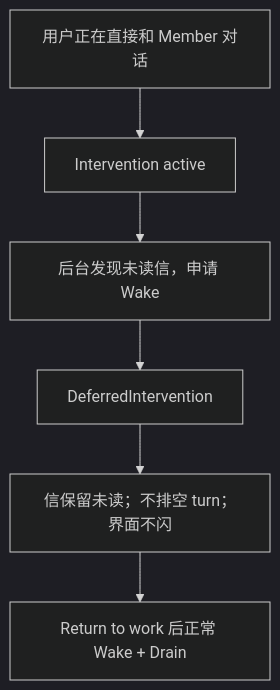
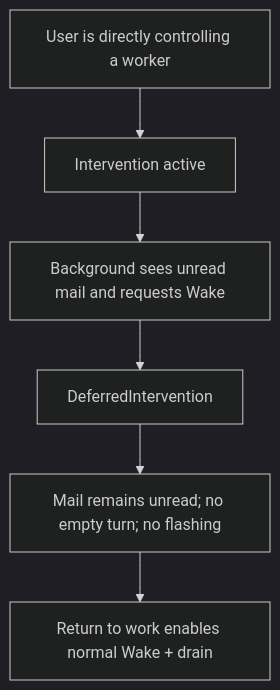
Before and after one commit to YORG-AI/ORGII: the third of 5 diagrams in docs/architecture-audit-2026-07-12/AgentOrgRecovery.md, drawn with Mermaid (dark theme). The commit also changed other lines of this file and 94 other files, not shown here.

````diff
--- a/docs/architecture-audit-2026-07-12/AgentOrgRecovery.md
+++ b/docs/architecture-audit-2026-07-12/AgentOrgRecovery.md
@@ -78,8 +86,8 @@
 ```mermaid
 flowchart TD
-    U["用户正在直接和 Member 对话"] --> I["Intervention active"]
-    I --> W["后台发现未读信，申请 Wake"]
+    U["User is directly controlling a worker"] --> I["Intervention active"]
+    I --> W["Background sees unread mail and requests Wake"]
     W --> D["DeferredIntervention"]
-    D --> K["信保留未读；不排空 turn；界面不闪"]
-    K --> R["Return to work 后正常 Wake + Drain"]
+    D --> K["Mail remains unread; no empty turn; no flashing"]
+    K --> R["Return to work enables normal Wake + drain"]
 ```
````
